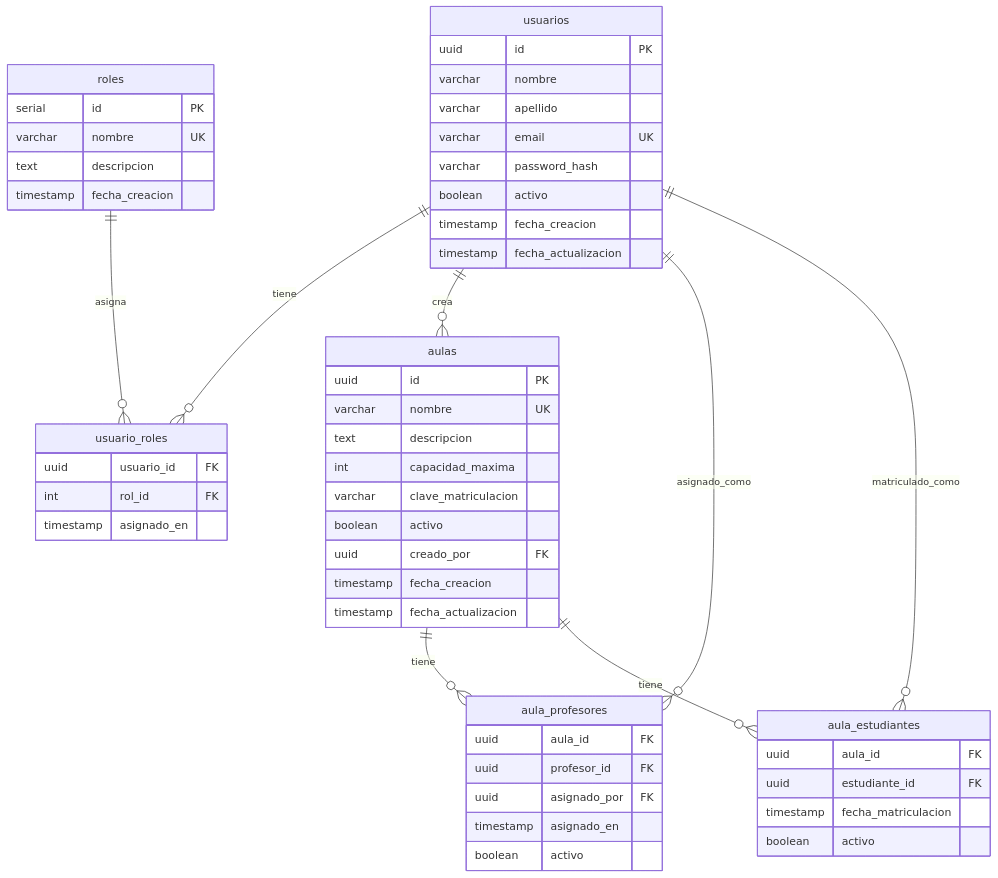
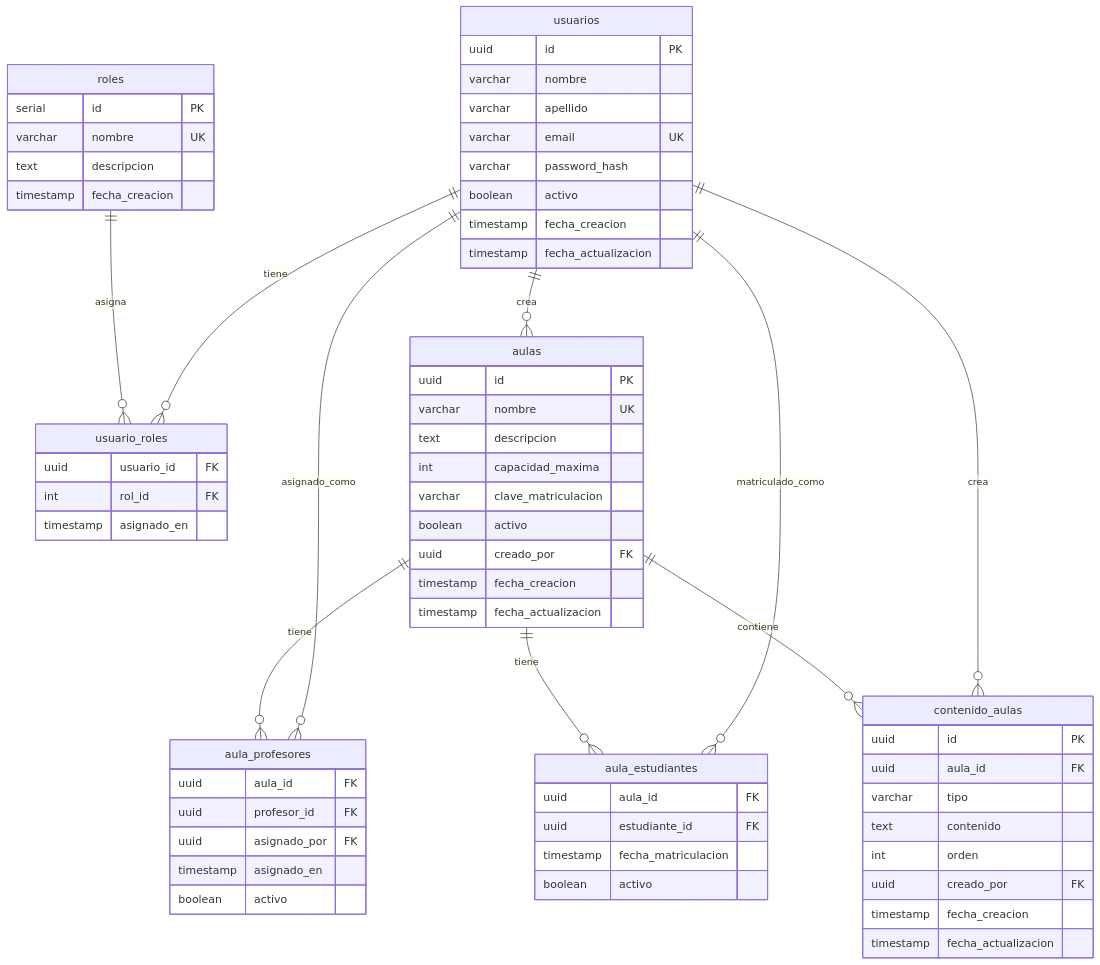
One commit to NicoMagro/AulaVirtual changed the second of 4 diagrams in README.md. Above: the diagram before and after it, drawn with Mermaid. The commit also changed other lines of this file and 13 other files, not shown here.

First line of the commit message:
feat: Sistema de gestión de contenido de aulas

````diff
--- a/README.md
+++ b/README.md
@@ -47,61 +49,74 @@
 ```mermaid
 erDiagram
     usuarios ||--o{ usuario_roles : tiene
     roles ||--o{ usuario_roles : asigna
     usuarios ||--o{ aulas : crea
     usuarios ||--o{ aula_profesores : asignado_como
     usuarios ||--o{ aula_estudiantes : matriculado_como
+    usuarios ||--o{ contenido_aulas : crea
     aulas ||--o{ aula_profesores : tiene
     aulas ||--o{ aula_estudiantes : tiene
+    aulas ||--o{ contenido_aulas : contiene
 
     usuarios {
         uuid id PK
         varchar nombre
         varchar apellido
         varchar email UK
         varchar password_hash
         boolean activo
         timestamp fecha_creacion
         timestamp fecha_actualizacion
     }
 
     roles {
         serial id PK
         varchar nombre UK
         text descripcion
         timestamp fecha_creacion
     }
 
     usuario_roles {
         uuid usuario_id FK
         int rol_id FK
         timestamp asignado_en
     }
 
     aulas {
         uuid id PK
         varchar nombre UK
         text descripcion
         int capacidad_maxima
         varchar clave_matriculacion
         boolean activo
         uuid creado_por FK
         timestamp fecha_creacion
         timestamp fecha_actualizacion
     }
 
     aula_profesores {
         uuid aula_id FK
         uuid profesor_id FK
         uuid asignado_por FK
         timestamp asignado_en
         boolean activo
     }
 
     aula_estudiantes {
         uuid aula_id FK
         uuid estudiante_id FK
         timestamp fecha_matriculacion
         boolean activo
     }
+
+    contenido_aulas {
+        uuid id PK
+        uuid aula_id FK
+        varchar tipo
+        text contenido
+        int orden
+        uuid creado_por FK
+        timestamp fecha_creacion
+        timestamp fecha_actualizacion
+    }
 ```
````
